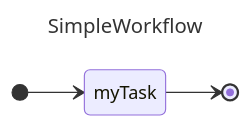
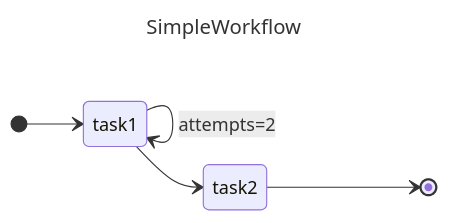
Before and after one commit to omervk/gamgee: the diagram in packages/run/docs/examples/simple-workflow/README.md, drawn with Mermaid. The commit also changed other lines of this file and 14 other files, not shown here.

````diff
--- a/packages/run/docs/examples/simple-workflow/README.md
+++ b/packages/run/docs/examples/simple-workflow/README.md
@@ -1,10 +1,12 @@
 ```mermaid
 ---
 title: SimpleWorkflow
 ---
 
 stateDiagram-v2
     direction LR
-    [*] --> myTask
-    myTask --> [*]
+    [*] --> task1
+    task1 --> task1: attempts=2
+    task1 --> task2
+    task2 --> [*]
 ```
````
